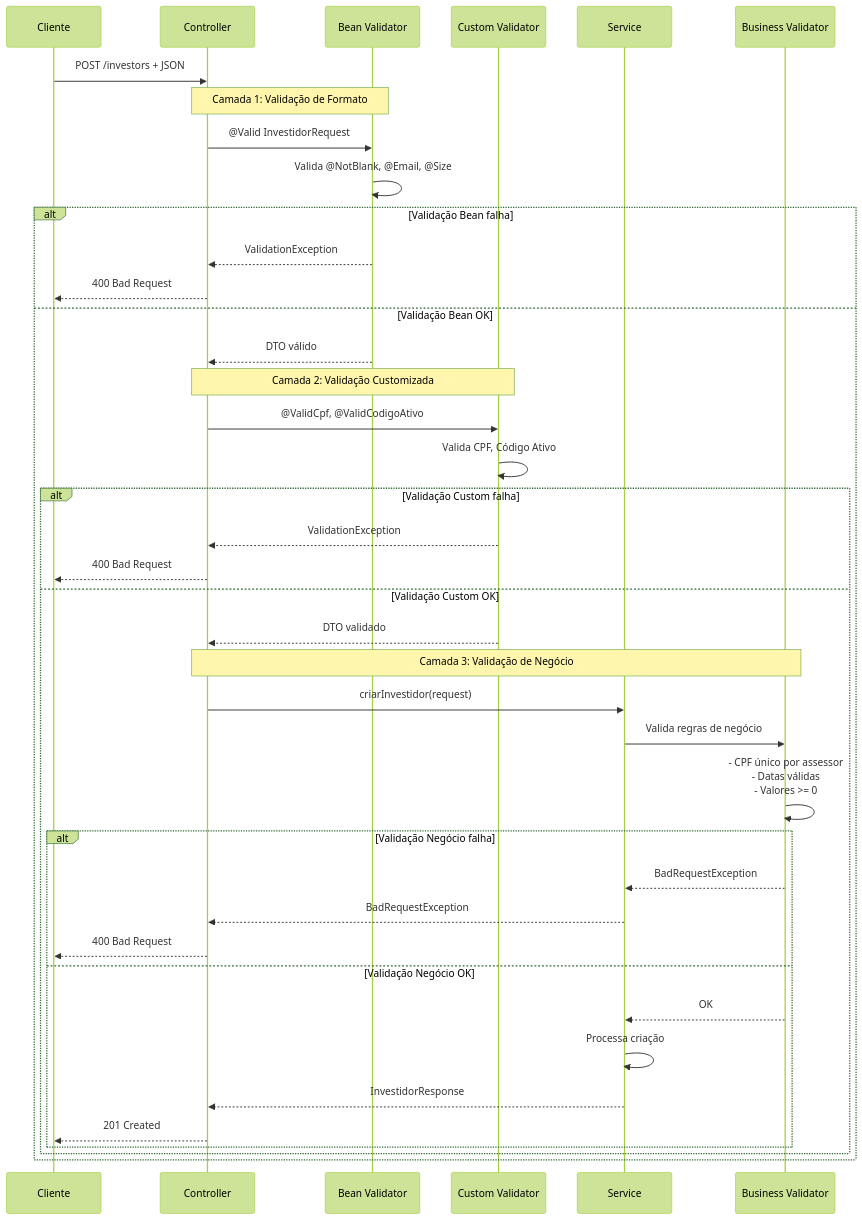
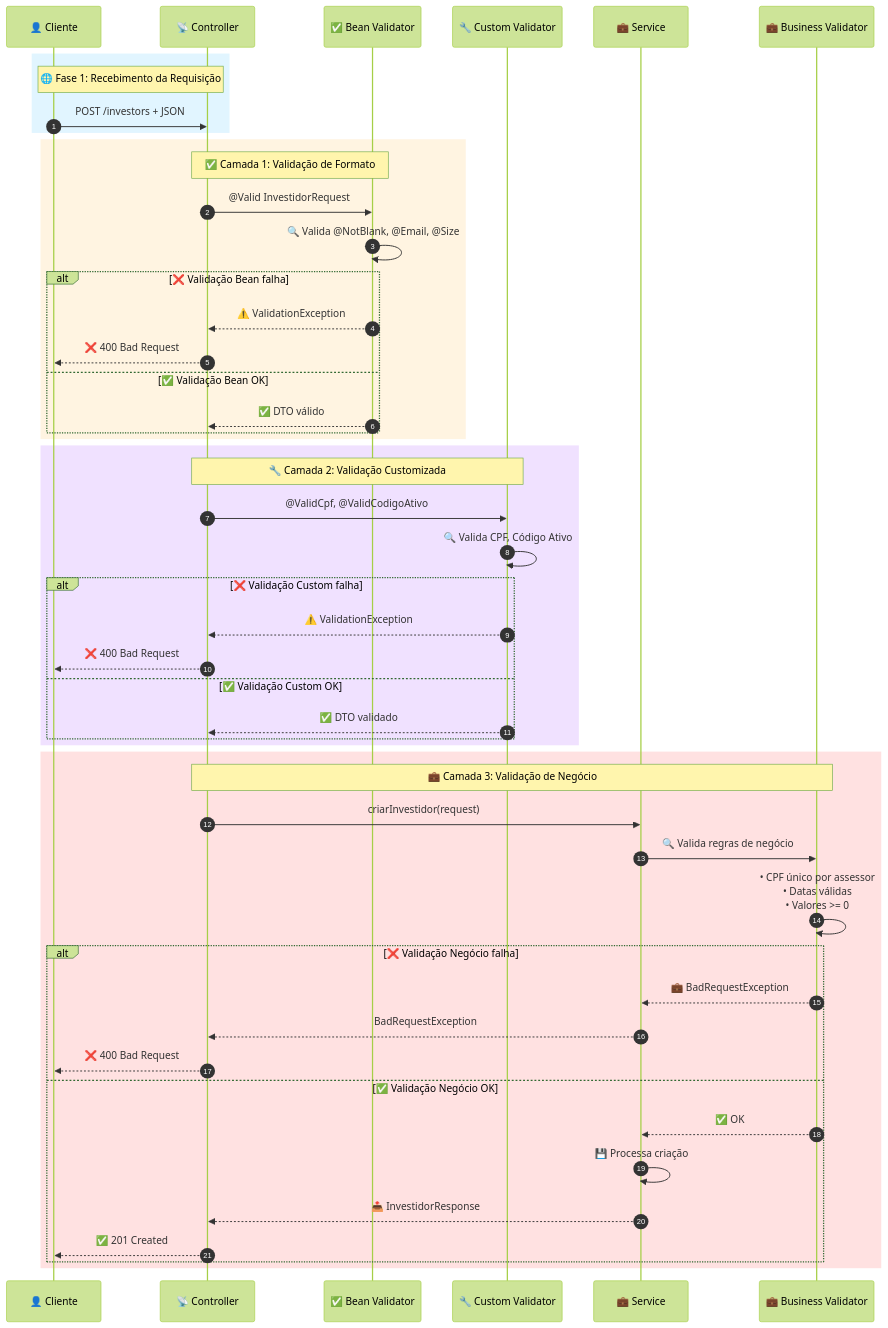
Before and after one commit to caiohrmm/TCC-BartoFinance: diagram 12 of 20 in DOCUMENTACAO_ARQUITETURA_CAMADAS.md, drawn with Mermaid (forest theme). The commit also changed other lines of this file, not shown here.

````diff
--- a/DOCUMENTACAO_ARQUITETURA_CAMADAS.md
+++ b/DOCUMENTACAO_ARQUITETURA_CAMADAS.md
@@ -489,49 +623,59 @@
 ```mermaid
 sequenceDiagram
-    participant Client as Cliente
-    participant Controller as Controller
-    participant BeanValidator as Bean Validator
-    participant CustomValidator as Custom Validator
-    participant Service as Service
-    participant BusinessValidator as Business Validator
+    autonumber
+    participant Client as 👤 Cliente
+    participant Controller as 📡 Controller
+    participant BeanValidator as ✅ Bean Validator
+    participant CustomValidator as 🔧 Custom Validator
+    participant Service as 💼 Service
+    participant BusinessValidator as 💼 Business Validator
 
-    Client->>Controller: POST /investors + JSON
+    rect rgb(225, 245, 255)
+        Note over Client,Controller: 🌐 Fase 1: Recebimento da Requisição
+        Client->>Controller: POST /investors + JSON
+    end
     
-    Note over Controller,BeanValidator: Camada 1: Validação de Formato
-    Controller->>BeanValidator: @Valid InvestidorRequest
-    BeanValidator->>BeanValidator: Valida @NotBlank, @Email, @Size
+    rect rgb(255, 244, 225)
+        Note over Controller,BeanValidator: ✅ Camada 1: Validação de Formato
+        Controller->>BeanValidator: @Valid InvestidorRequest
+        BeanValidator->>BeanValidator: 🔍 Valida @NotBlank, @Email, @Size
+        
+        alt ❌ Validação Bean falha
+            BeanValidator-->>Controller: ⚠️ ValidationException
+            Controller-->>Client: ❌ 400 Bad Request
+        else ✅ Validação Bean OK
+            BeanValidator-->>Controller: ✅ DTO válido
+        end
+    end
     
-    alt Validação Bean falha
-        BeanValidator-->>Controller: ValidationException
-        Controller-->>Client: 400 Bad Request
-    else Validação Bean OK
-        BeanValidator-->>Controller: DTO válido
+    rect rgb(240, 225, 255)
+        Note over Controller,CustomValidator: 🔧 Camada 2: Validação Customizada
+        Controller->>CustomValidator: @ValidCpf, @ValidCodigoAtivo
+        CustomValidator->>CustomValidator: 🔍 Valida CPF, Código Ativo
         
-        Note over Controller,CustomValidator: Camada 2: Validação Customizada
-        Controller->>CustomValidator: @ValidCpf, @ValidCodigoAtivo
-        CustomValidator->>CustomValidator: Valida CPF, Código Ativo
+        alt ❌ Validação Custom falha
+            CustomValidator-->>Controller: ⚠️ ValidationException
+            Controller-->>Client: ❌ 400 Bad Request
+        else ✅ Validação Custom OK
+            CustomValidator-->>Controller: ✅ DTO validado
+        end
+    end
+    
+    rect rgb(255, 225, 225)
+        Note over Controller,BusinessValidator: 💼 Camada 3: Validação de Negócio
+        Controller->>Service: criarInvestidor(request)
+        Service->>BusinessValidator: 🔍 Valida regras de negócio
+        BusinessValidator->>BusinessValidator: • CPF único por assessor<br/>• Datas válidas<br/>• Valores >= 0
         
-        alt Validação Custom falha
-            CustomValidator-->>Controller: ValidationException
-            Controller-->>Client: 400 Bad Request
-        else Validação Custom OK
-            CustomValidator-->>Controller: DTO validado
-            
-            Note over Controller,BusinessValidator: Camada 3: Validação de Negócio
-            Controller->>Service: criarInvestidor(request)
-            Service->>BusinessValidator: Valida regras de negócio
-            BusinessValidator->>BusinessValidator: - CPF único por assessor<br/>- Datas válidas<br/>- Valores >= 0
-            
-            alt Validação Negócio falha
-                BusinessValidator-->>Service: BadRequestException
-                Service-->>Controller: BadRequestException
-                Controller-->>Client: 400 Bad Request
-            else Validação Negócio OK
-                BusinessValidator-->>Service: OK
-                Service->>Service: Processa criação
-                Service-->>Controller: InvestidorResponse
-                Controller-->>Client: 201 Created
-            end
+        alt ❌ Validação Negócio falha
+            BusinessValidator-->>Service: 💼 BadRequestException
+            Service-->>Controller: BadRequestException
+            Controller-->>Client: ❌ 400 Bad Request
+        else ✅ Validação Negócio OK
+            BusinessValidator-->>Service: ✅ OK
+            Service->>Service: 💾 Processa criação
+            Service-->>Controller: 📤 InvestidorResponse
+            Controller-->>Client: ✅ 201 Created
         end
     end
 ```
````
